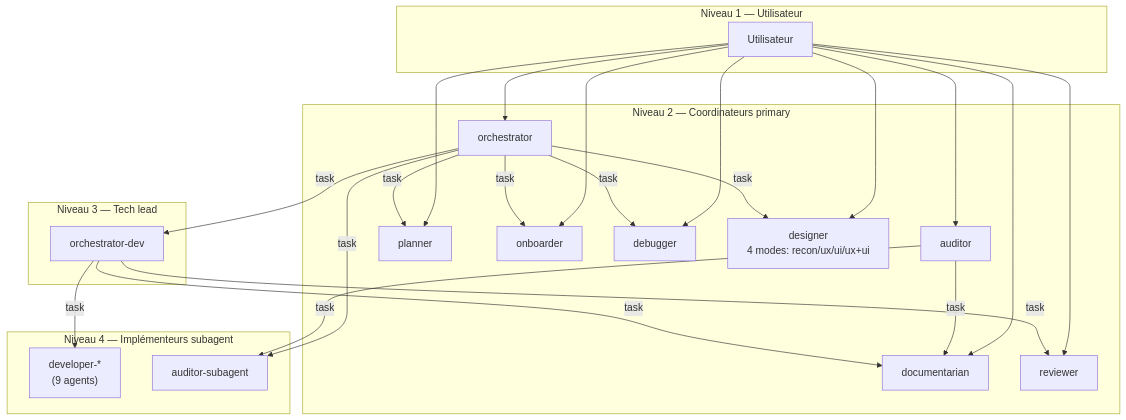
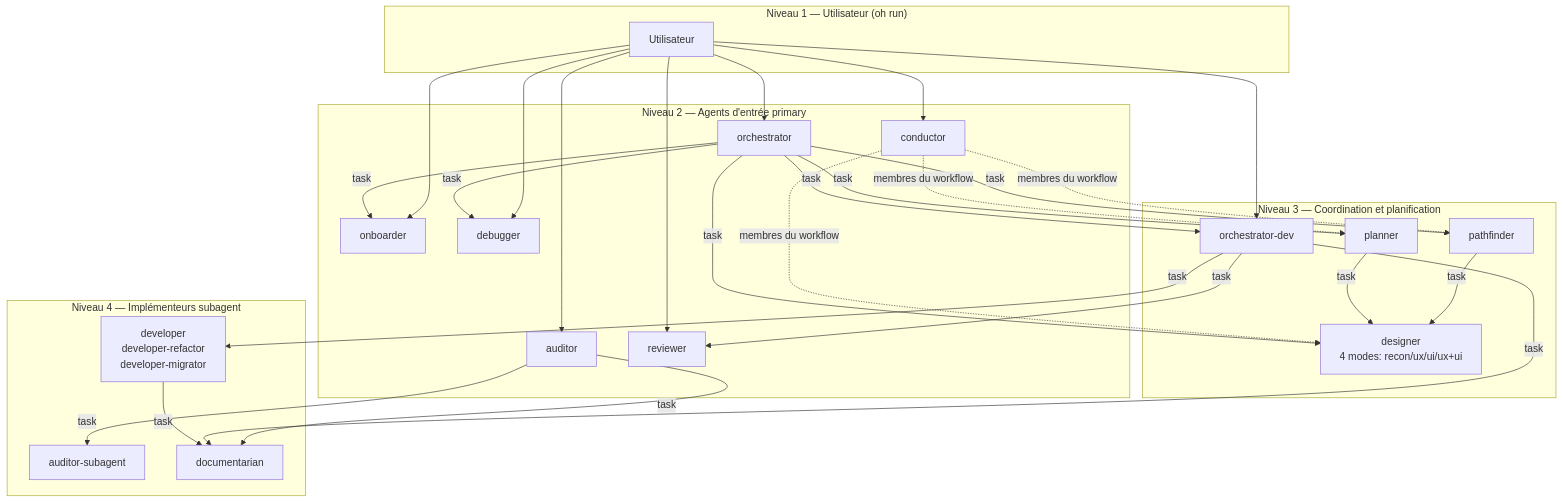
Before and after one commit to datichb/openhub: the first of 3 diagrams in docs/architecture/task-delegation.fr.md, drawn with Mermaid. The commit also changed other lines of this file and 11 other files, not shown here.

Commit message:
docs(architecture): vue d'ensemble v5 (workflow → paquet → serveur de groupe → session, démon, proxy, passerelles, monde fermé, ADR 038–048), agents (20, conductor), skills (livraison par le paquet, inventaire refait), délégation, wiki vivant, todo ; lien de langue en ligne 1 (v5 finalisation, DOC2)

````diff
--- a/docs/architecture/task-delegation.fr.md
+++ b/docs/architecture/task-delegation.fr.md
@@ -94,49 +161,58 @@
 ```mermaid
 flowchart TB
-    subgraph L1["Niveau 1 — Utilisateur"]
+    subgraph L1["Niveau 1 — Utilisateur (oh run)"]
         U[Utilisateur]
     end
 
-    subgraph L2["Niveau 2 — Coordinateurs primary"]
+    subgraph L2["Niveau 2 — Agents d'entrée primary"]
+        C[conductor]
         O[orchestrator]
         A[auditor]
-        PL[planner]
         ON[onboarder]
         DB[debugger]
-        DS[designer<br/>4 modes: recon/ux/ui/ux+ui]
-        DOC[documentarian]
         R[reviewer]
     end
 
-    subgraph L3["Niveau 3 — Tech lead"]
+    subgraph L3["Niveau 3 — Coordination et planification"]
         OD[orchestrator-dev]
+        PA[pathfinder]
+        PL[planner]
+        DS[designer<br/>4 modes: recon/ux/ui/ux+ui]
     end
 
     subgraph L4["Niveau 4 — Implémenteurs subagent"]
-        DEV["developer-*<br/>(9 agents)"]
+        DEV["developer<br/>developer-refactor<br/>developer-migrator"]
         AUD["auditor-subagent"]
+        DOC[documentarian]
     end
 
+    U --> C
     U --> O
     U --> A
-    U --> PL
     U --> ON
     U --> DB
-    U --> DS
-    U --> DOC
     U --> R
+    U --> OD
 
+    C -.->|membres du workflow| PA
+    C -.->|membres du workflow| PL
+    C -.->|membres du workflow| DS
+
+    O -->|task| PA
     O -->|task| PL
     O -->|task| ON
     O -->|task| DS
-    O -->|task| AUD
     O -->|task| OD
     O -->|task| DB
+
+    PA -->|task| DS
+    PL -->|task| DS
 
     A -->|task| AUD
     A -->|task| DOC
 
     OD -->|task| DEV
     OD -->|task| R
     OD -->|task| DOC
+    DEV -->|task| DOC
 ```
````
